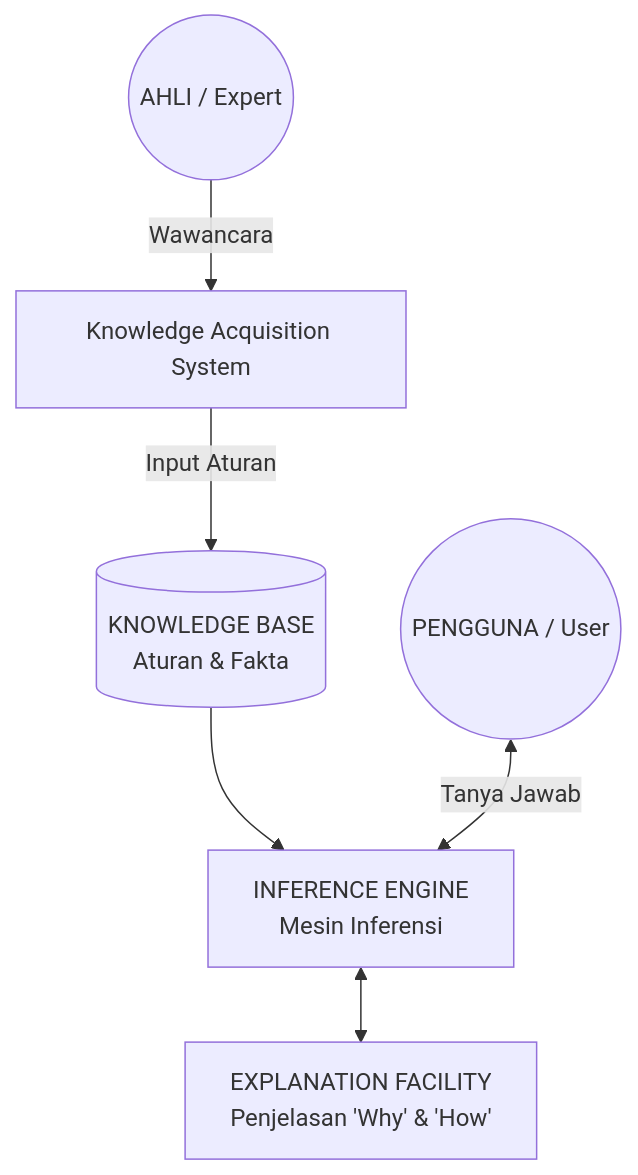
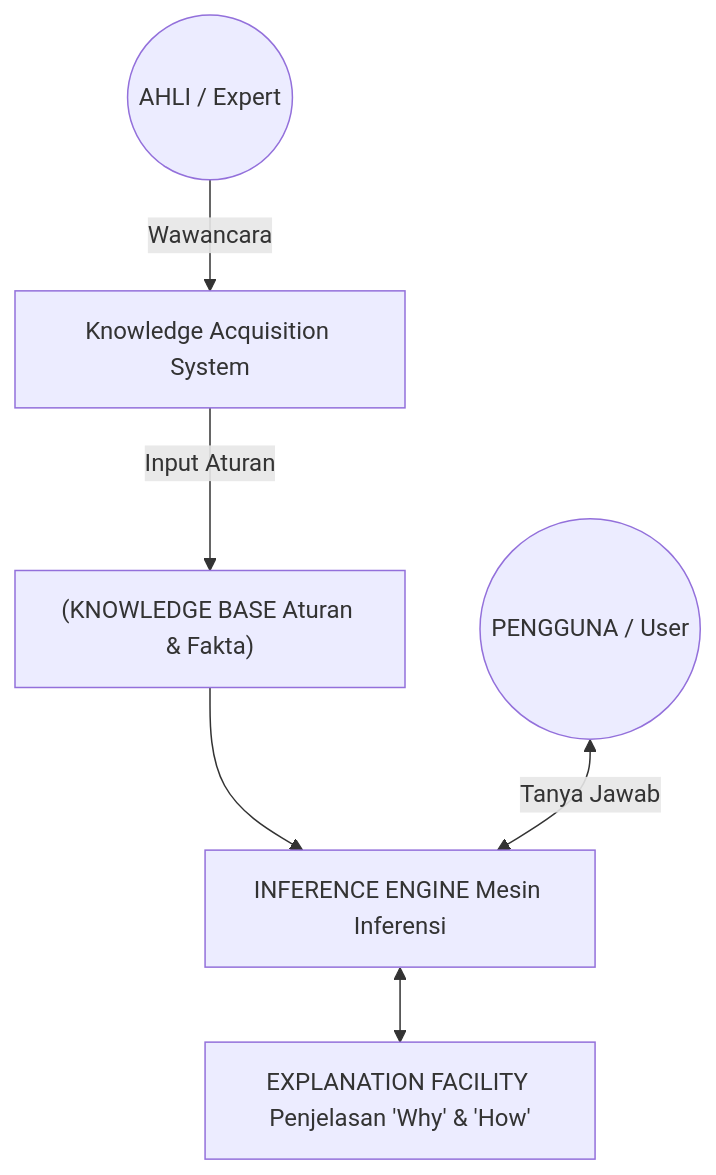
One commit to antonprafanto/dasarAI2026 changed the seventh of 9 diagrams in bab-03-representasi.md. Above: the diagram before and after it, drawn with Mermaid. The commit also changed other lines of this file and 3 other files, not shown here.

Commit message:
Fix: Replace br tags in Mermaid diagrams with quoted labels

````diff
--- a/bab-03-representasi.md
+++ b/bab-03-representasi.md
@@ -511,11 +511,11 @@
 ```mermaid
 flowchart TD
     Human((AHLI / Expert)) -->|Wawancara| KAS[Knowledge Acquisition System]
-    KAS -->|Input Aturan| KB[(KNOWLEDGE BASE<br/>Aturan & Fakta)]
+    KAS -->|Input Aturan| KB["(KNOWLEDGE BASE Aturan & Fakta)"]
 
-    KB --> IE[INFERENCE ENGINE<br/>Mesin Inferensi]
+    KB --> IE["INFERENCE ENGINE Mesin Inferensi"]
 
     User((PENGGUNA / User)) <-->|Tanya Jawab| IE
 
-    IE <--> Explain[EXPLANATION FACILITY<br/>Penjelasan 'Why' & 'How']
+    IE <--> Explain["EXPLANATION FACILITY Penjelasan 'Why' & 'How'"]
 ```
````
